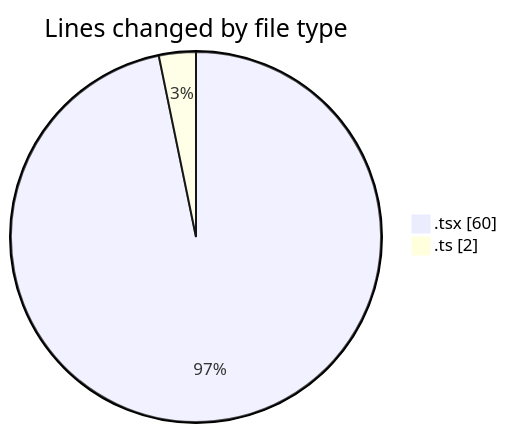
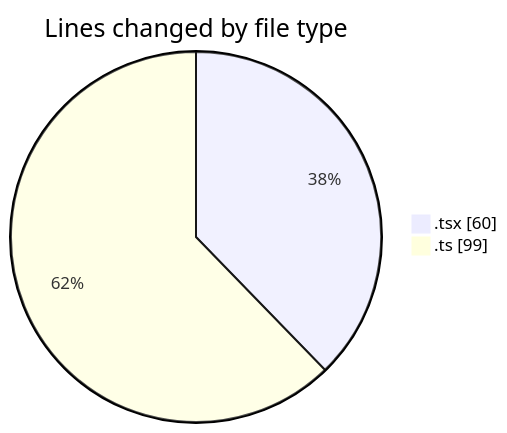
Before and after one commit to julien-gomy/code-tracking: the first of 2 diagrams in 2025-11-23/eventscop-frontend-guide__workspace_/README.md, drawn with Mermaid. The commit also changed other lines of this file and 1 other file, not shown here.

````diff
--- a/2025-11-23/eventscop-frontend-guide__workspace_/README.md
+++ b/2025-11-23/eventscop-frontend-guide__workspace_/README.md
@@ -22,6 +23,6 @@
 ```mermaid
 pie showData
 title Lines changed by file type
 ".tsx" : 60
-".ts" : 2
+".ts" : 99
 ```
````
